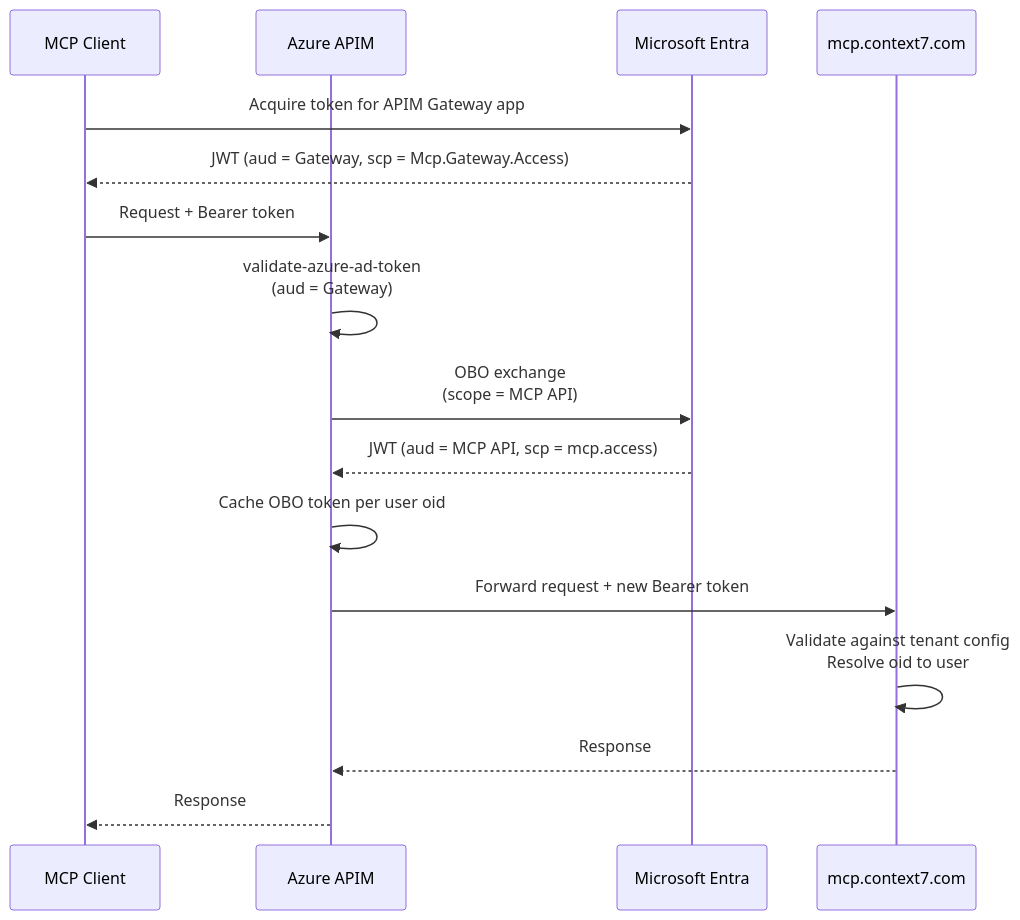
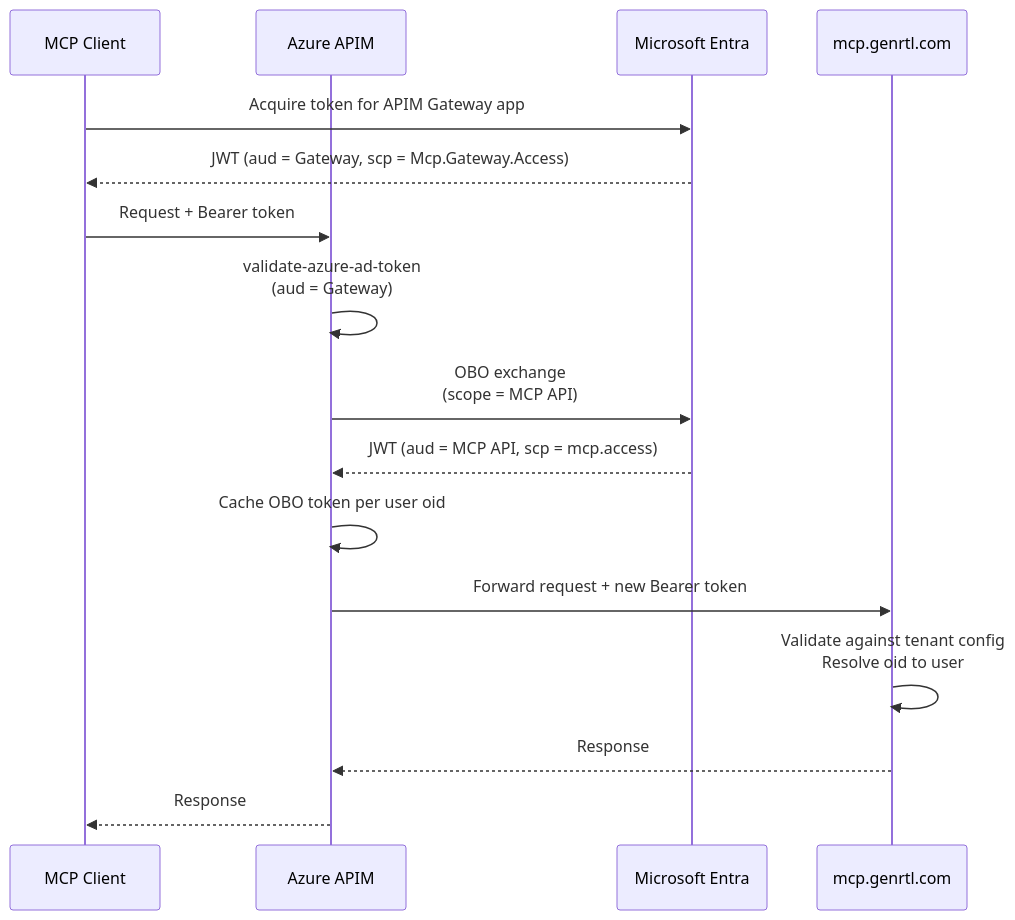
One commit to xroting/grtl changed the diagram in docs/enterprise/azure-apim.mdx. Above: the diagram before and after it, drawn with Mermaid. The commit also changed other lines of this file and 218 other files, not shown here.

````diff
--- a/docs/enterprise/azure-apim.mdx
+++ b/docs/enterprise/azure-apim.mdx
@@ -13,21 +13,21 @@
 ```mermaid
 sequenceDiagram
     participant Client as MCP Client
     participant APIM as Azure APIM
     participant Entra as Microsoft Entra
-    participant Context7 as mcp.context7.com
+    participant GenRTL as mcp.genrtl.com
 
     Client->>Entra: Acquire token for APIM Gateway app
     Entra-->>Client: JWT (aud = Gateway, scp = Mcp.Gateway.Access)
 
     Client->>APIM: Request + Bearer token
     APIM->>APIM: validate-azure-ad-token<br/>(aud = Gateway)
     APIM->>Entra: OBO exchange<br/>(scope = MCP API)
     Entra-->>APIM: JWT (aud = MCP API, scp = mcp.access)
     APIM->>APIM: Cache OBO token per user oid
 
-    APIM->>Context7: Forward request + new Bearer token
-    Context7->>Context7: Validate against tenant config<br/>Resolve oid to user
-    Context7-->>APIM: Response
+    APIM->>GenRTL: Forward request + new Bearer token
+    GenRTL->>GenRTL: Validate against tenant config<br/>Resolve oid to user
+    GenRTL-->>APIM: Response
     APIM-->>Client: Response
 ```
````
